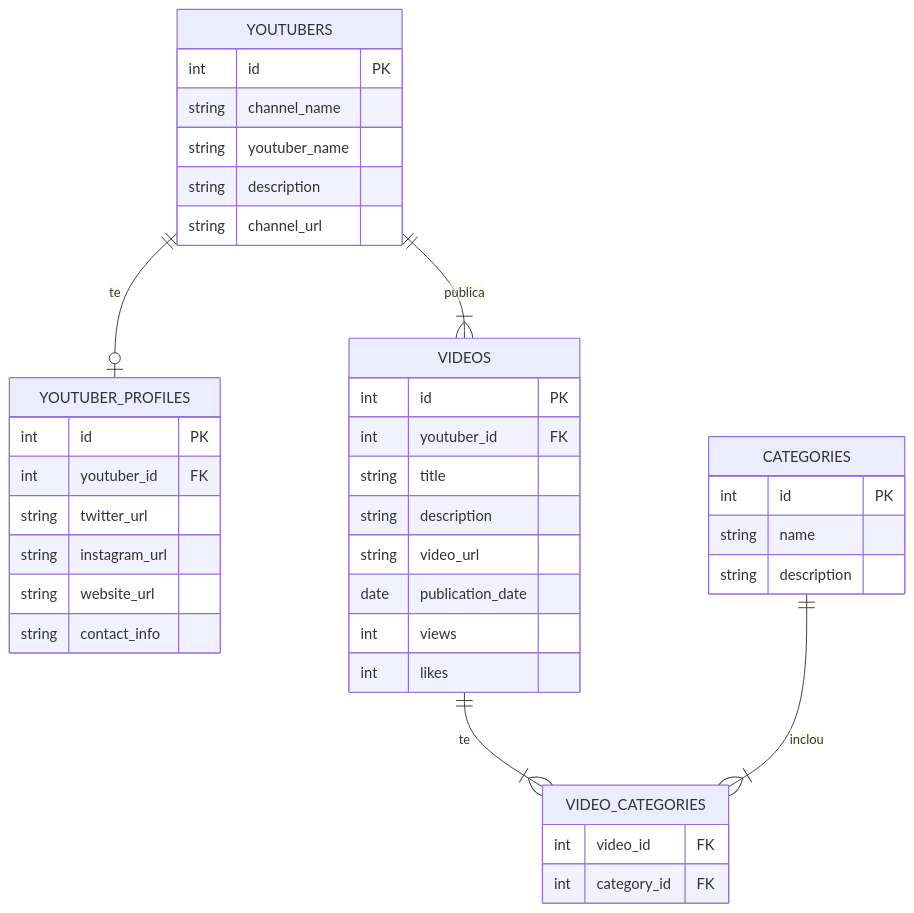
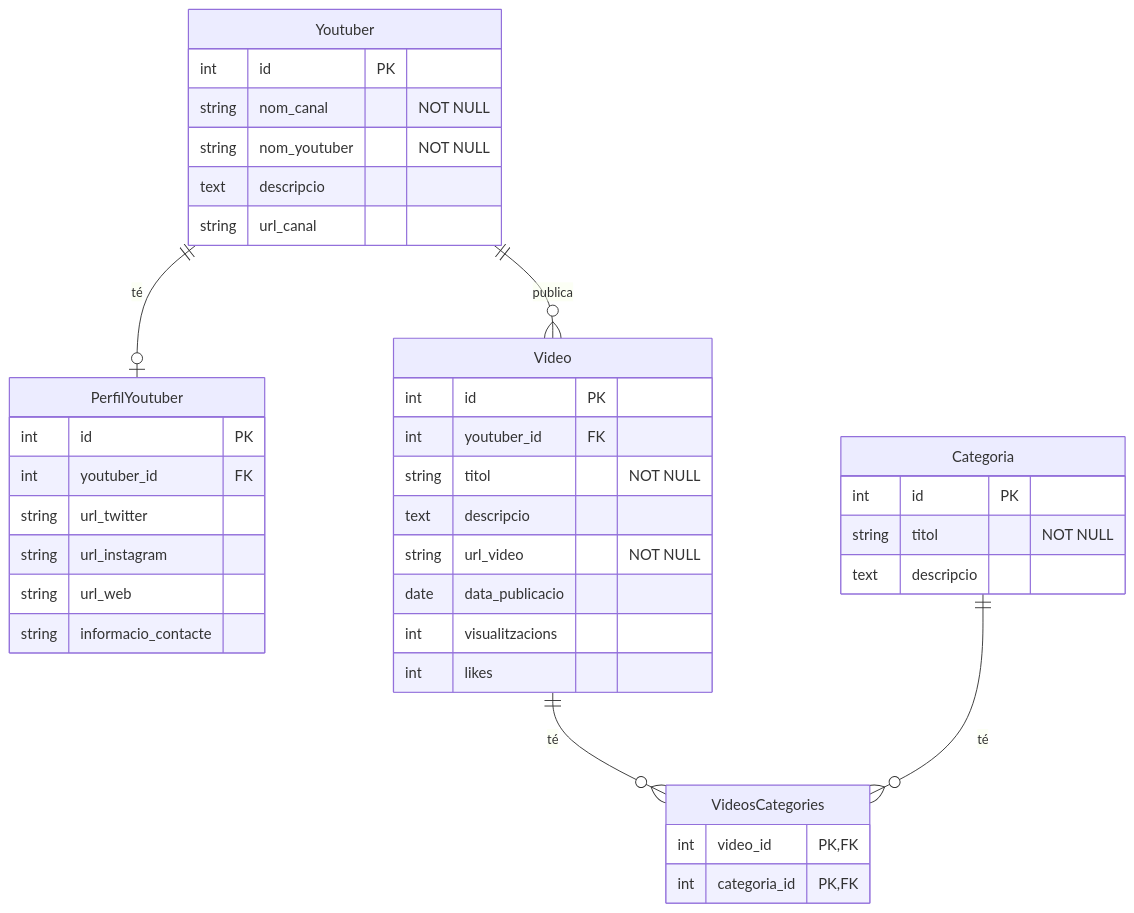
The diagram in doc/youtubers-er-diagram.mermaid (danielin05/DAM-M06-UF02-Fites-Sequelize-Exemple), drawn with Mermaid before and after one commit. The commit also changed 2 other files, not shown here.

Commit message:
Afegida guida d'estudi i actualitzat diagrama ER de la base de dades

```diff
--- a/doc/youtubers-er-diagram.mermaid
+++ b/doc/youtubers-er-diagram.mermaid
@@ -1,45 +1,44 @@
 erDiagram
-    YOUTUBERS ||--o| YOUTUBER_PROFILES : te
-    YOUTUBERS ||--|{ VIDEOS : publica
+    Youtuber ||--o| PerfilYoutuber : "té"
+    Youtuber ||--o{ Video : "publica"
+    Video ||--o{ VideosCategories : "té"
+    Categoria ||--o{ VideosCategories : "té"
     
-    VIDEOS ||--|{ VIDEO_CATEGORIES : te
-    CATEGORIES ||--|{ VIDEO_CATEGORIES : inclou
-    
-    YOUTUBERS {
+    Youtuber {
         int id PK
-        string channel_name
-        string youtuber_name
-        string description
-        string channel_url
+        string nom_canal "NOT NULL"
+        string nom_youtuber "NOT NULL"
+        text descripcio
+        string url_canal
     }
     
-    YOUTUBER_PROFILES {
+    PerfilYoutuber {
         int id PK
         int youtuber_id FK
-        string twitter_url
-        string instagram_url
-        string website_url
-        string contact_info
+        string url_twitter
+        string url_instagram
+        string url_web
+        string informacio_contacte
     }
     
-    VIDEOS {
+    Video {
         int id PK
         int youtuber_id FK
-        string title
-        string description
-        string video_url
-        date publication_date
-        int views
+        string titol "NOT NULL"
+        text descripcio
+        string url_video "NOT NULL"
+        date data_publicacio
+        int visualitzacions
         int likes
     }
     
-    CATEGORIES {
+    Categoria {
         int id PK
-        string name
-        string description
+        string titol "NOT NULL"
+        text descripcio
     }
     
-    VIDEO_CATEGORIES {
-        int video_id FK
-        int category_id FK
+    VideosCategories {
+        int video_id PK,FK
+        int categoria_id PK,FK
     }
```
